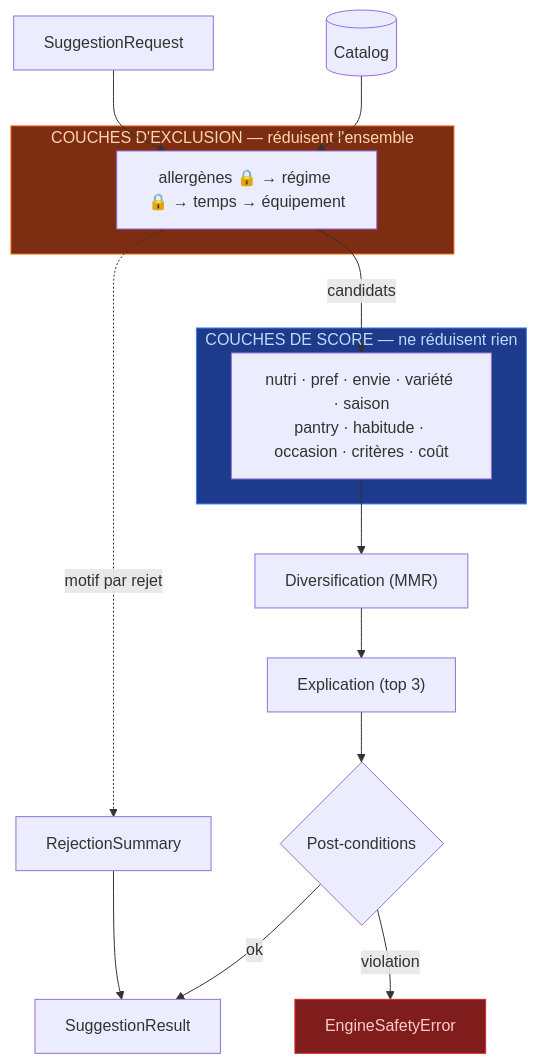
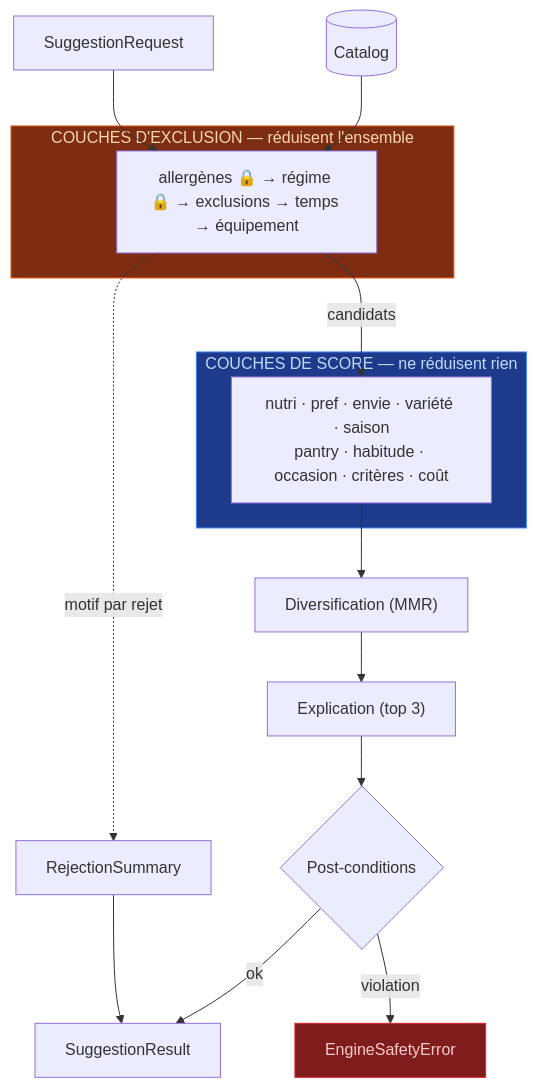
One commit to poubellebellesse-dev/appli_nutrition changed the fourth of 10 diagrams in docs/ENGINE.md. Above: the diagram before and after it, drawn with Mermaid. The commit also changed other lines of this file and 5 other files, not shown here.

````diff
--- a/docs/ENGINE.md
+++ b/docs/ENGINE.md
@@ -313,27 +313,27 @@
 ```mermaid
 flowchart TB
     CAT[("Catalog")] --> EX
     IN["SuggestionRequest"] --> EX
 
     subgraph EXC["COUCHES D'EXCLUSION — réduisent l'ensemble"]
-        EX["allergènes 🔒 → régime 🔒 → temps → équipement"]
+        EX["allergènes 🔒 → régime 🔒 → exclusions → temps → équipement"]
     end
 
     EX -->|candidats| SC
     EX -.->|motif par rejet| RJ["RejectionSummary"]
 
     subgraph SCO["COUCHES DE SCORE — ne réduisent rien"]
         SC["nutri · pref · envie · variété · saison<br/>pantry · habitude · occasion · critères · coût"]
     end
 
     SC --> D["Diversification (MMR)"]
     D --> E["Explication (top 3)"]
     E --> G{"Post-conditions"}
     G -->|ok| OUT["SuggestionResult"]
     G -->|violation| ERR["EngineSafetyError"]
     RJ --> OUT
 
     style EXC fill:#7c2d12,stroke:#ea580c,color:#fed7aa
     style SCO fill:#1e3a8a,stroke:#3b82f6,color:#bfdbfe
     style ERR fill:#7f1d1d,stroke:#dc2626,color:#fecaca
 ```
````
